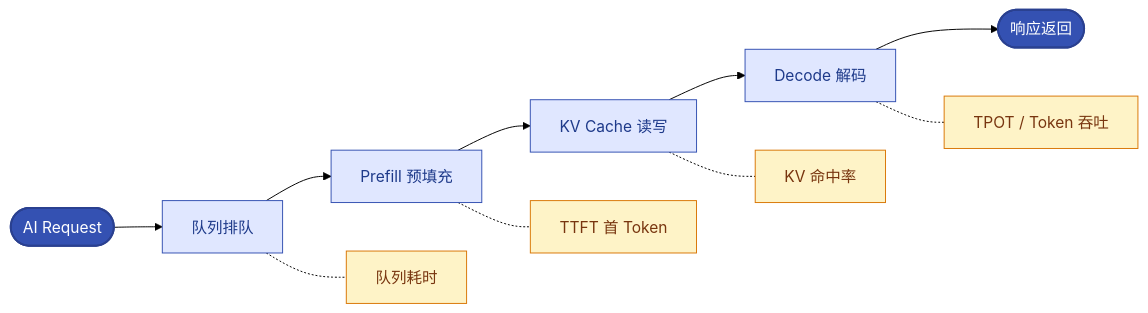
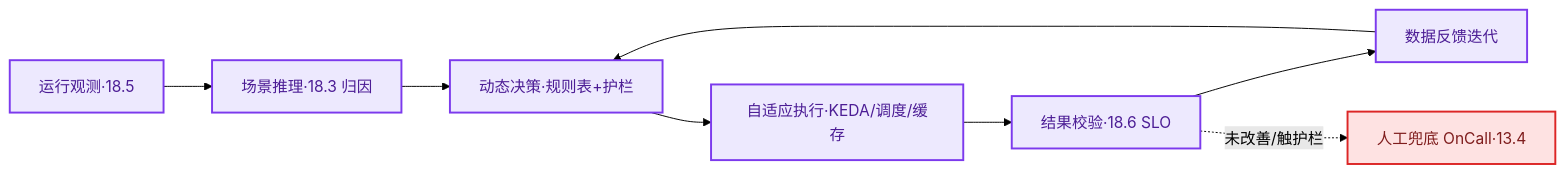
One commit to jackiesre721/ai-native-ops changed the diagram in docs/18-ai-inference-kvcache-autonomy.md. Above: the diagram before and after it, drawn with Mermaid (forest theme). The commit also changed other lines of this file and 21 other files, not shown here.

````diff
--- a/docs/18-ai-inference-kvcache-autonomy.md
+++ b/docs/18-ai-inference-kvcache-autonomy.md
@@ -164,18 +725,9 @@
 ```mermaid
 flowchart LR
-    R([AI Request]) --> Q[队列排队]
-    Q --> P[Prefill 预填充]
-    P --> K[KV Cache 读写]
-    K --> D[Decode 解码]
-    D --> Resp([响应返回])
-    Q -.- Q1[队列耗时]
-    P -.- P1[TTFT 首 Token]
-    K -.- K1[KV 命中率]
-    D -.- D1[TPOT / Token 吞吐]
-    classDef start fill:#3451b2,color:#fff,stroke:#2a4090,stroke-width:2px
-    classDef proc fill:#e0e7ff,stroke:#3451b2,color:#1e3a8a
-    classDef metric fill:#fef3c7,stroke:#d97706,color:#78350f
-    class R,Resp start
-    class Q,P,K,D proc
-    class Q1,P1,K1,D1 metric
+    O[运行观测·18.5] --> A[场景推理·18.3 归因] --> D[动态决策·规则表+护栏] --> E[自适应执行·KEDA/调度/缓存] --> V[结果校验·18.6 SLO] --> F[数据反馈迭代] --> D
+    V -. 未改善/触护栏 .-> H[人工兜底 OnCall·13.4]
+    classDef l3 fill:#ede9fe,stroke:#7c3aed,color:#4c1d95,stroke-width:2px
+    classDef human fill:#fee2e2,stroke:#dc2626,color:#7f1d1d,stroke-width:2px
+    class O,A,D,E,V,F l3
+    class H human
 ```
````
